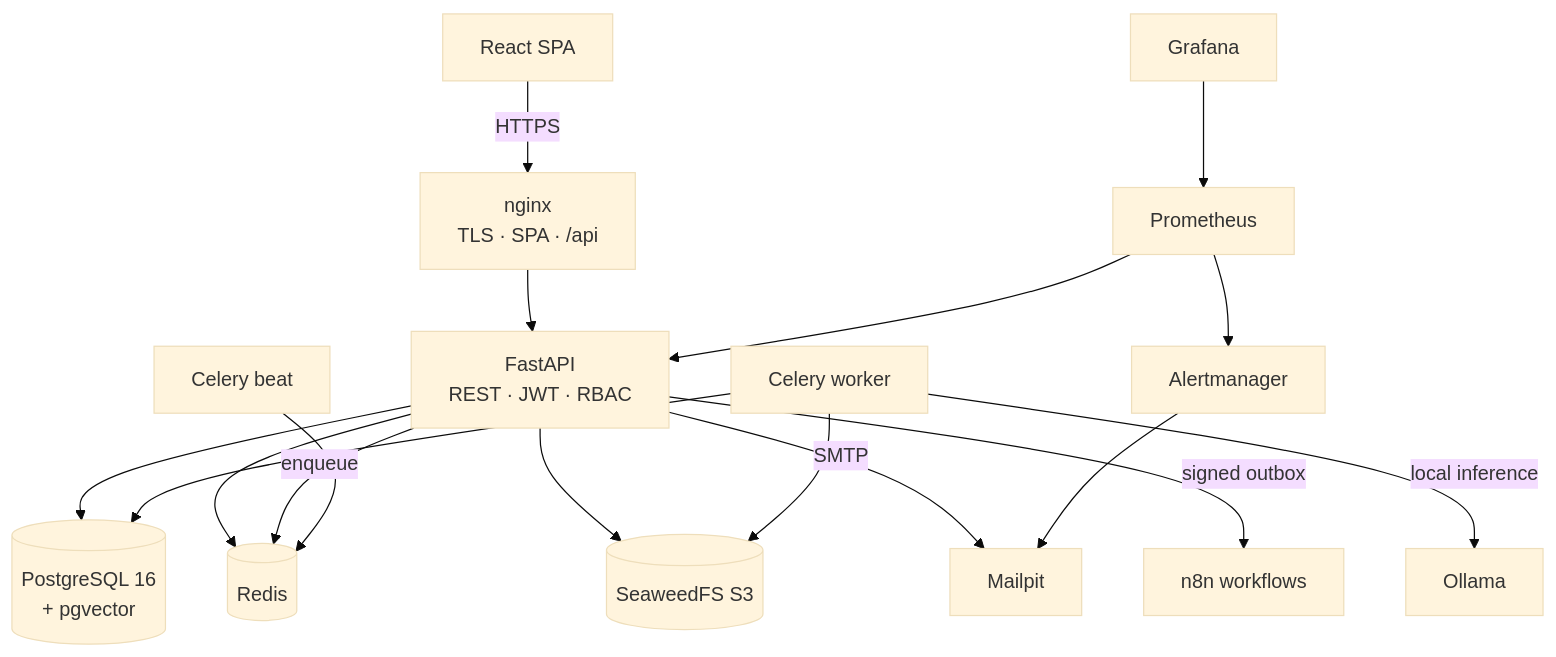
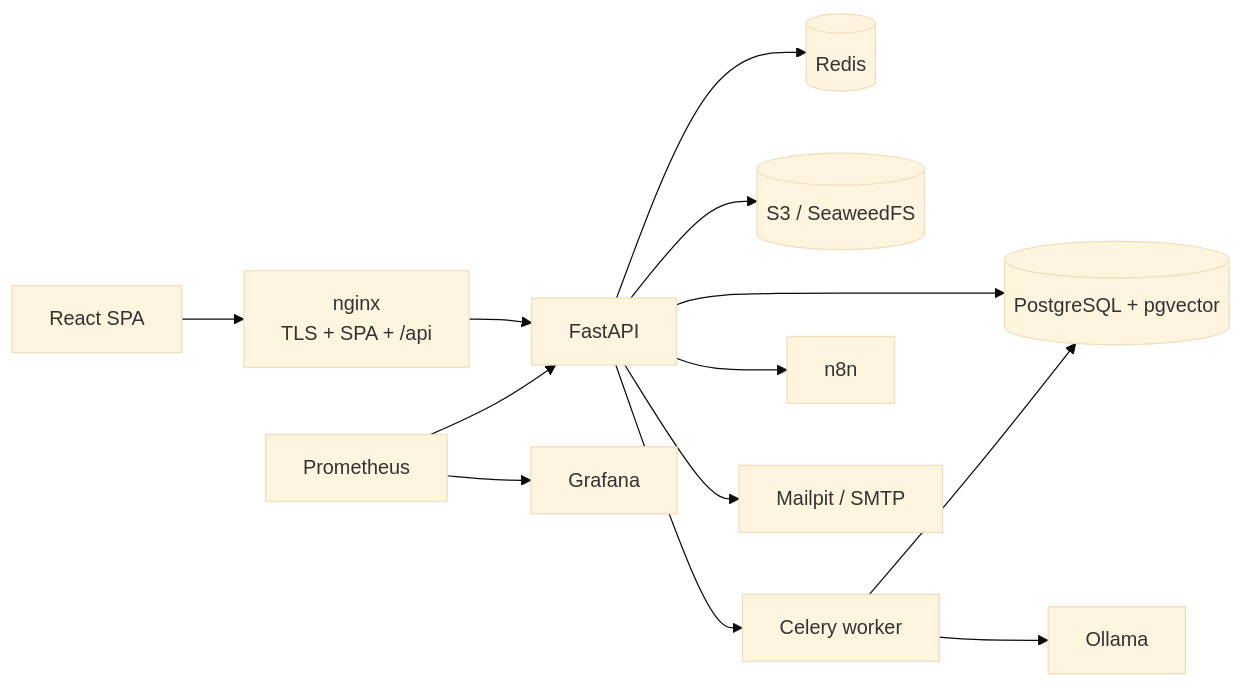
The diagram in README.md (Mindenry/resolve-invoice-ops), drawn with Mermaid (base theme) before and after one commit. The commit also changed other lines of this file, not shown here.

````diff
--- a/README.md
+++ b/README.md
@@ -60,19 +48,15 @@
 ```mermaid
-flowchart TB
-  B["React SPA"] -->|HTTPS| N["nginx<br/>TLS · SPA · /api"]
-  N --> API["FastAPI<br/>REST · JWT · RBAC"]
-  API --> PG[("PostgreSQL 16<br/>+ pgvector")]
+flowchart LR
+  UI["React SPA"] --> NG["nginx<br/>TLS + SPA + /api"]
+  NG --> API["FastAPI"]
+  API --> PG[("PostgreSQL + pgvector")]
   API --> RD[("Redis")]
-  API --> S3[("SeaweedFS S3")]
-  API -->|enqueue| RD
-  W["Celery worker"] --> PG
-  W --> S3
-  W -->|local inference| OL["Ollama"]
-  BEAT["Celery beat"] --> RD
-  API -->|SMTP| MP["Mailpit"]
-  API -->|signed outbox| N8N["n8n workflows"]
+  API --> S3[("S3 / SeaweedFS")]
+  API --> W["Celery worker"]
+  W --> PG
+  W --> OL["Ollama"]
+  API --> N8N["n8n"]
+  API --> MAIL["Mailpit / SMTP"]
   PR["Prometheus"] --> API
-  PR --> AM["Alertmanager"]
-  AM --> MP
-  GF["Grafana"] --> PR
+  PR --> GF["Grafana"]
 ```
````
